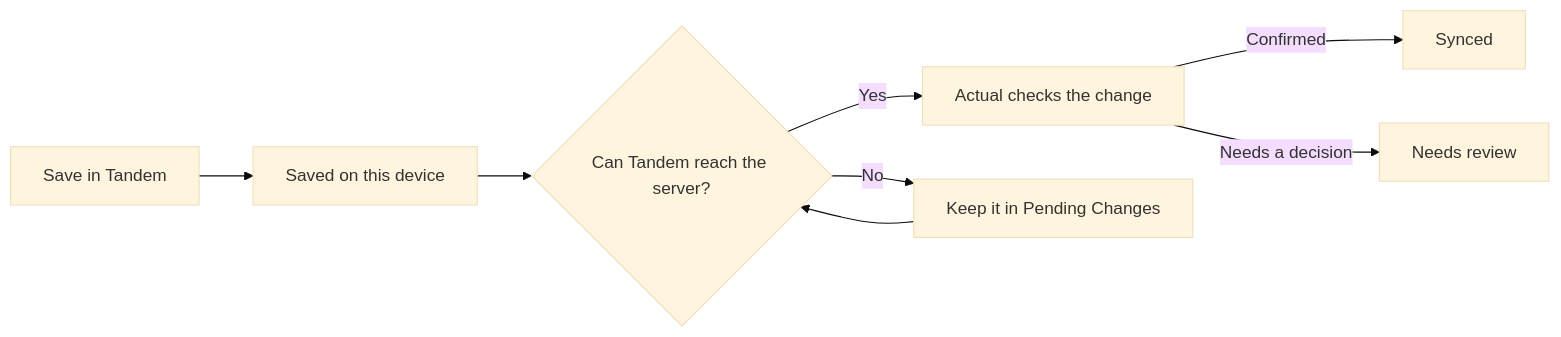
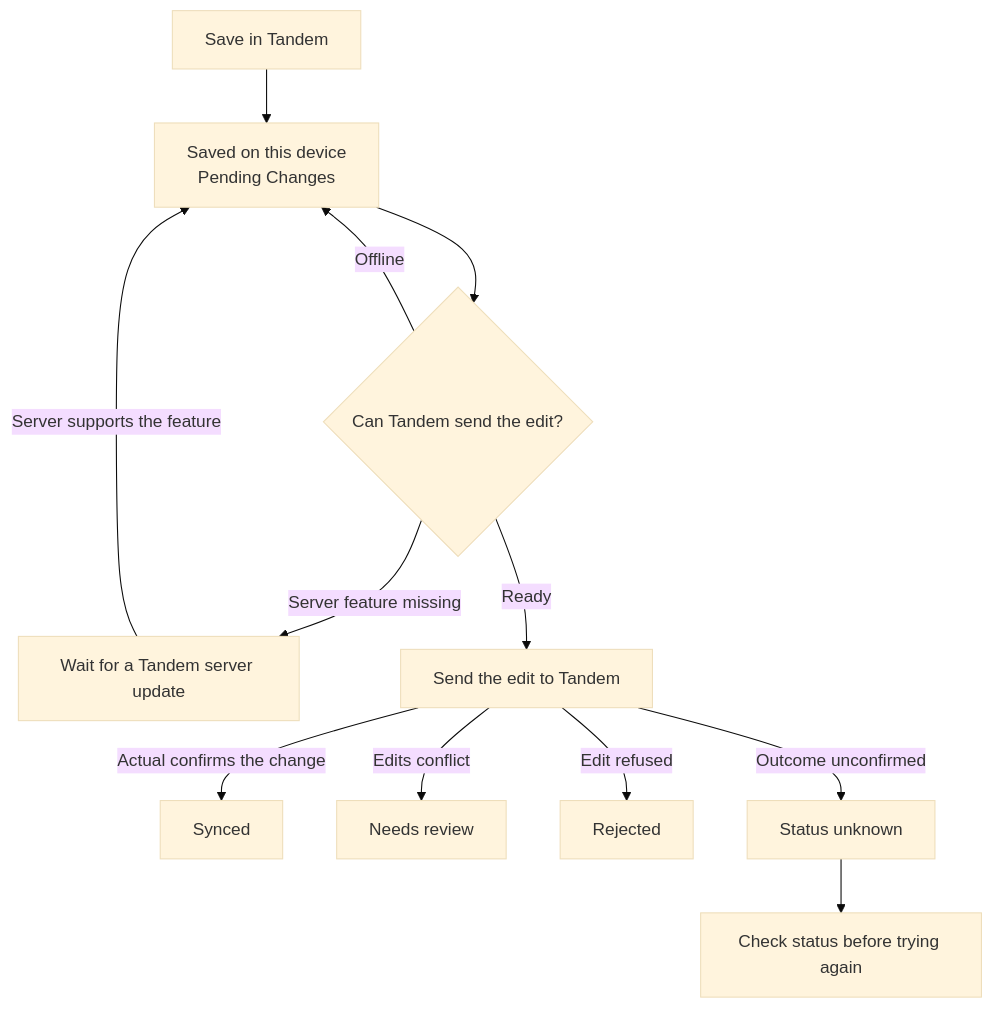
One commit to Nischay-Pro/tandem changed the diagram in docs/using/offline-sync-and-conflicts.md. Above: the diagram before and after it, drawn with Mermaid (base theme). The commit also changed other lines of this file and 17 other files, not shown here.

````diff
--- a/docs/using/offline-sync-and-conflicts.md
+++ b/docs/using/offline-sync-and-conflicts.md
@@ -13,10 +14,14 @@
 ```mermaid
-flowchart LR
-  A[Save in Tandem] --> B[Saved on this device]
-  B --> C{Can Tandem reach the server?}
-  C -->|Yes| D[Actual checks the change]
-  C -->|No| E[Keep it in Pending Changes]
-  D -->|Confirmed| F[Synced]
-  D -->|Needs a decision| G[Needs review]
-  E --> C
+flowchart TD
+  save[Save in Tandem] --> queued["Saved on this device<br/>Pending Changes"]
+  queued --> ready{"Can Tandem send the edit?"}
+  ready -->|Offline| queued
+  ready -->|Server feature missing| waiting[Wait for a Tandem server update]
+  waiting -->|Server supports the feature| queued
+  ready -->|Ready| send[Send the edit to Tandem]
+  send -->|Actual confirms the change| synced[Synced]
+  send -->|Edits conflict| review[Needs review]
+  send -->|Edit refused| rejected[Rejected]
+  send -->|Outcome unconfirmed| unknown[Status unknown]
+  unknown --> check[Check status before trying again]
 ```
````
